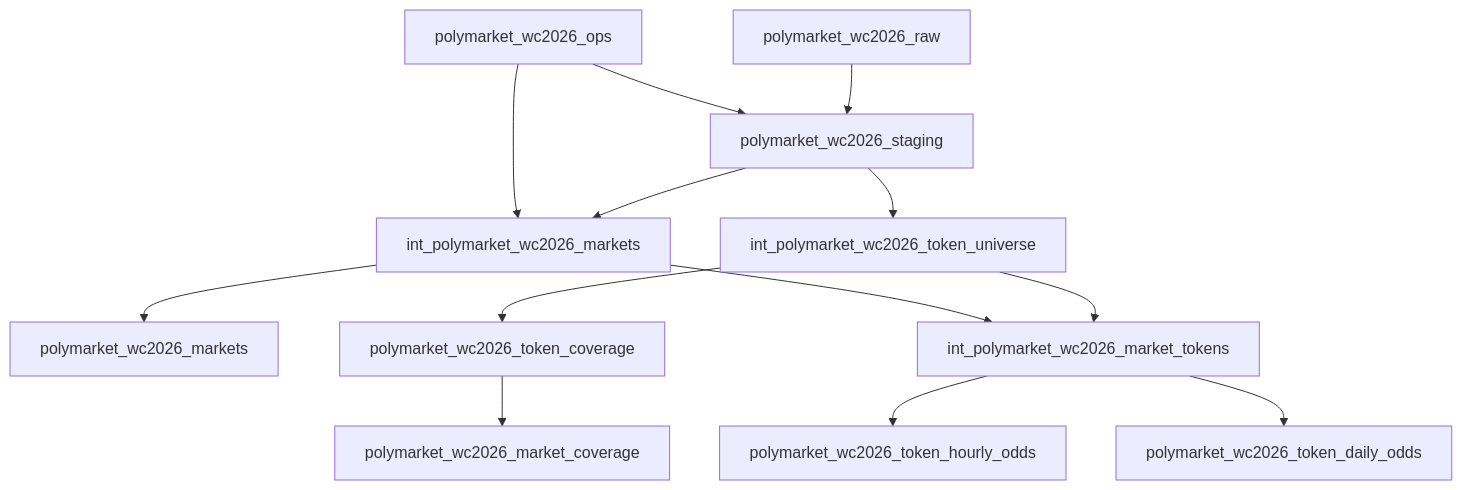
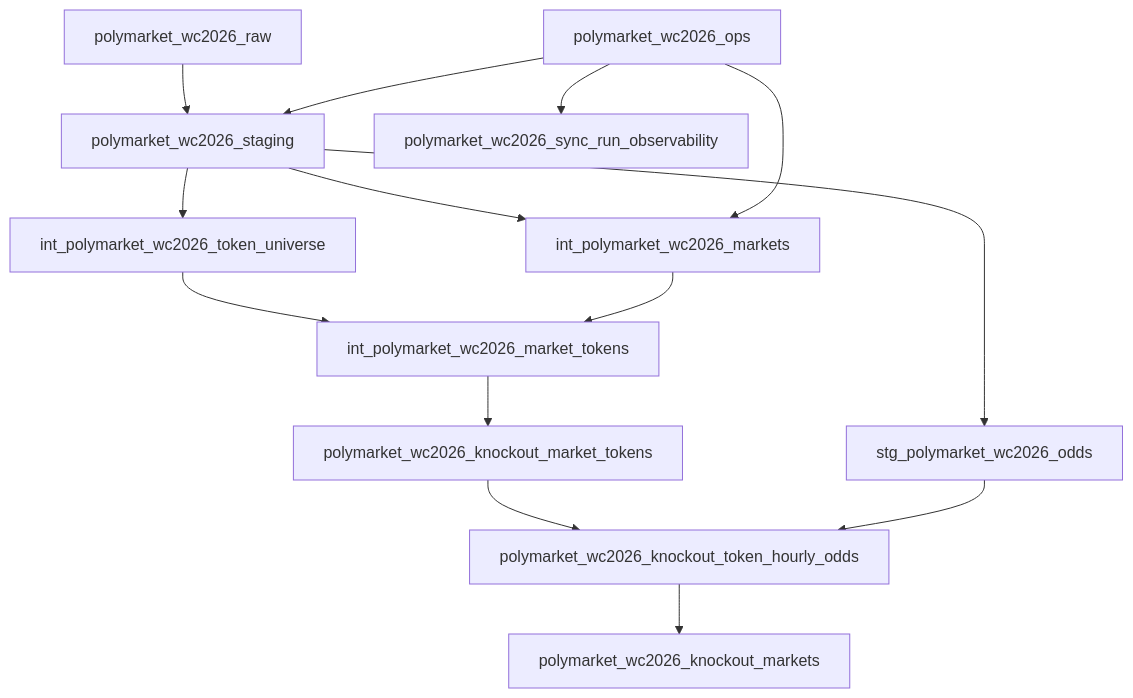
The second of 2 diagrams in docs/architecture.md (hypertrial/oddsfox-pipeline), drawn with Mermaid before and after one commit. The commit also changed other lines of this file and 70 other files, not shown here.

Commit message:
Refocus WC2026 marts on knockout odds

````diff
--- a/docs/architecture.md
+++ b/docs/architecture.md
@@ -52,15 +52,16 @@
 ```mermaid
 flowchart TD
     raw["polymarket_wc2026_raw"] --> staging["polymarket_wc2026_staging"]
     ops["polymarket_wc2026_ops"] --> staging
     staging --> token_universe["int_polymarket_wc2026_token_universe"]
     staging --> wc2026_markets_int["int_polymarket_wc2026_markets"]
+    staging --> odds["stg_polymarket_wc2026_odds"]
     ops --> wc2026_markets_int
-    wc2026_markets_int --> polymarket_wc2026_markets["polymarket_wc2026_markets"]
     token_universe --> wc2026_tokens["int_polymarket_wc2026_market_tokens"]
     wc2026_markets_int --> wc2026_tokens
-    token_universe --> coverage["polymarket_wc2026_token_coverage"]
-    coverage --> polymarket_wc2026_market_coverage["polymarket_wc2026_market_coverage"]
-    wc2026_tokens --> hourly["polymarket_wc2026_token_hourly_odds"]
-    wc2026_tokens --> daily["polymarket_wc2026_token_daily_odds"]
+    wc2026_tokens --> knockout_tokens["polymarket_wc2026_knockout_market_tokens"]
+    knockout_tokens --> knockout_hourly["polymarket_wc2026_knockout_token_hourly_odds"]
+    odds --> knockout_hourly
+    knockout_hourly --> knockout_markets["polymarket_wc2026_knockout_markets"]
+    ops --> observability["polymarket_wc2026_sync_run_observability"]
 ```
````
